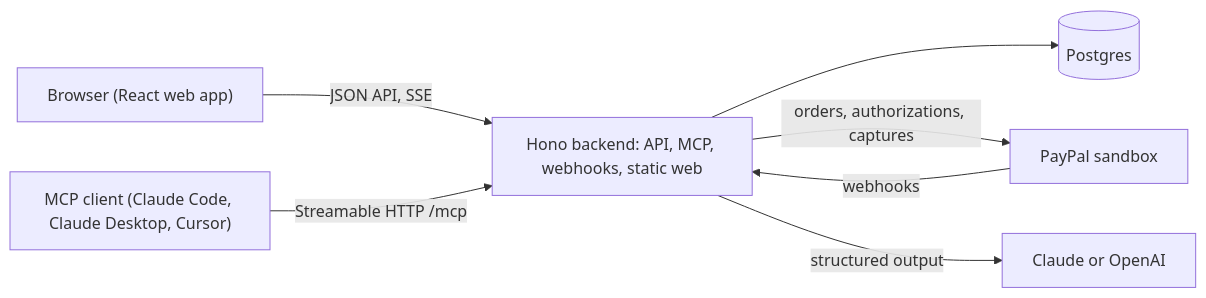
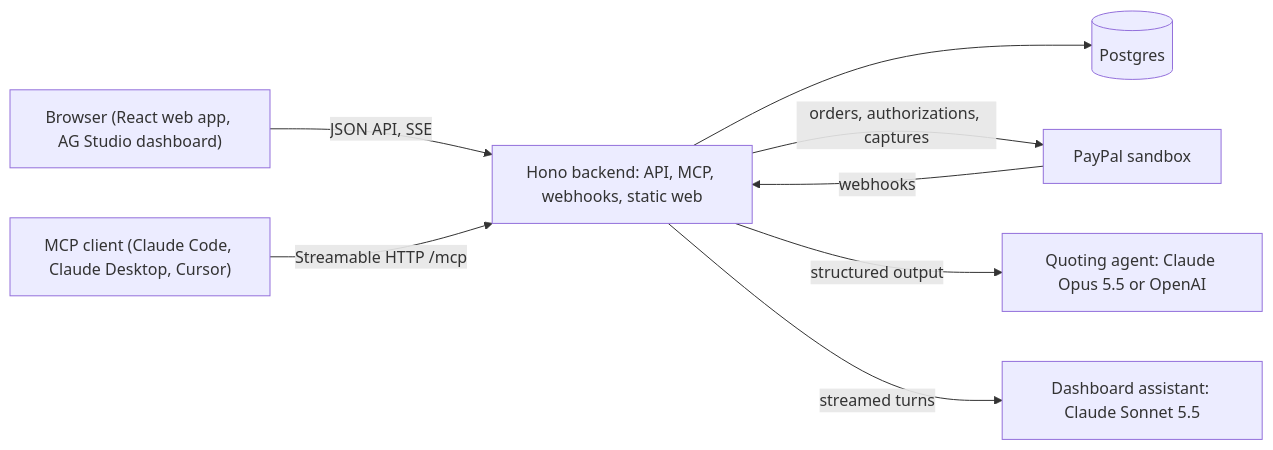
One commit to Walter102202/dealingwith-agent changed the diagram in README.md. Above: the diagram before and after it, drawn with Mermaid. The commit also changed other lines of this file and 1 other file, not shown here.

First line of the commit message:
docs(readme): rewrite for submission with the PayPal and AI map and the current dashboard

````diff
--- a/README.md
+++ b/README.md
@@ -69,9 +104,10 @@
 ```mermaid
 flowchart LR
-  Browser["Browser (React web app)"] -->|JSON API, SSE| Backend["Hono backend: API, MCP, webhooks, static web"]
+  Browser["Browser (React web app, AG Studio dashboard)"] -->|JSON API, SSE| Backend["Hono backend: API, MCP, webhooks, static web"]
   Agent["MCP client (Claude Code, Claude Desktop, Cursor)"] -->|Streamable HTTP /mcp| Backend
   Backend --> DB[("Postgres")]
   Backend -->|orders, authorizations, captures| PayPal["PayPal sandbox"]
   PayPal -->|webhooks| Backend
-  Backend -->|structured output| LLM["Claude or OpenAI"]
+  Backend -->|structured output| LLM["Quoting agent: Claude Opus 5.5 or OpenAI"]
+  Backend -->|streamed turns| Assistant["Dashboard assistant: Claude Sonnet 5.5"]
 ```
````
